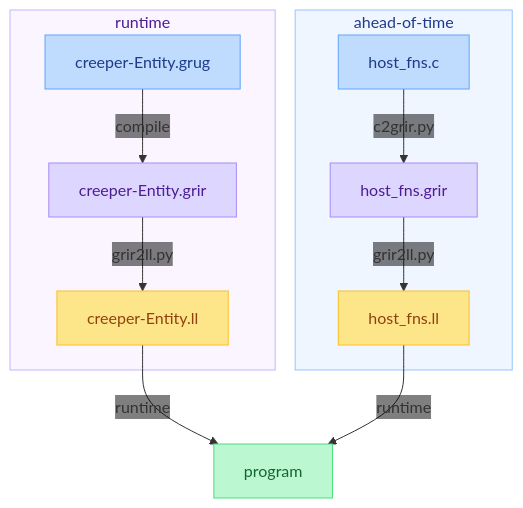
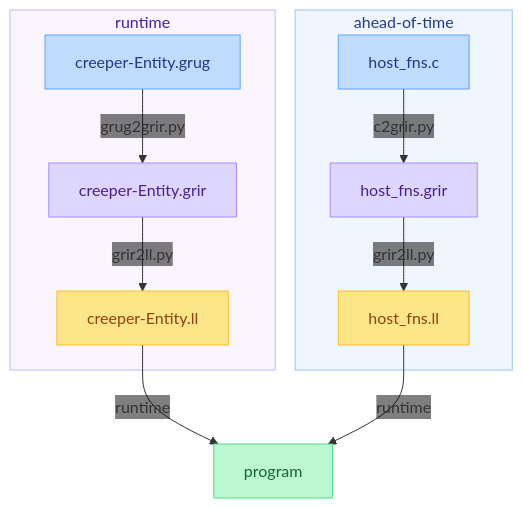
One commit to grug-lang/grug-ir changed the diagram in README.md. Above: the diagram before and after it, drawn with Mermaid. The commit also changed other lines of this file and 2 other files, not shown here.

Commit message:
style: rename `compile_grug.py` to `grug2grir.py`

````diff
--- a/README.md
+++ b/README.md
@@ -9,23 +9,23 @@
 ```mermaid
 %%{init: {'themeVariables': {'edgeLabelBackground': 'transparent'}}}%%
 graph TD
     classDef source fill:#bfdbfe,stroke:#60a5fa,color:#1e3a8a
     classDef grir   fill:#ddd6fe,stroke:#a78bfa,color:#4c1d95
     classDef llir   fill:#fde68a,stroke:#fbbf24,color:#92400e
     classDef binary fill:#bbf7d0,stroke:#4ade80,color:#166534
 
     subgraph rt[runtime]
-        H[creeper-Entity.grug]:::source -->|compile| I[creeper-Entity.grir]:::grir
+        H[creeper-Entity.grug]:::source -->|grug2grir.py| I[creeper-Entity.grir]:::grir
         I -->|grir2ll.py| J[creeper-Entity.ll]:::llir
     end
 
     subgraph aot[ahead-of-time]
         A[host_fns.c]:::source -->|c2grir.py| B[host_fns.grir]:::grir
         B -->|grir2ll.py| C[host_fns.ll]:::llir
     end
 
     J & C -->|runtime| G[program]:::binary
 
     style aot fill:#eff6ff,stroke:#93c5fd,color:#1e3a8a
     style rt  fill:#faf5ff,stroke:#c4b5fd,color:#4c1d95
 ```
````
